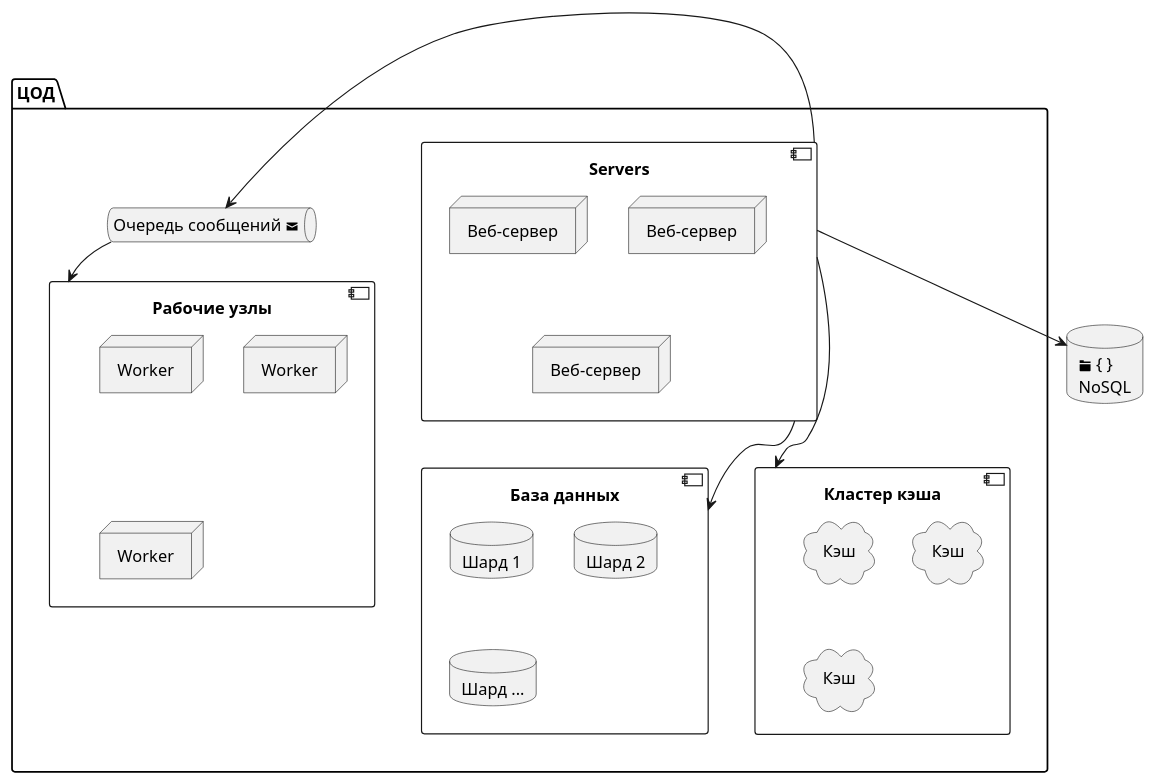
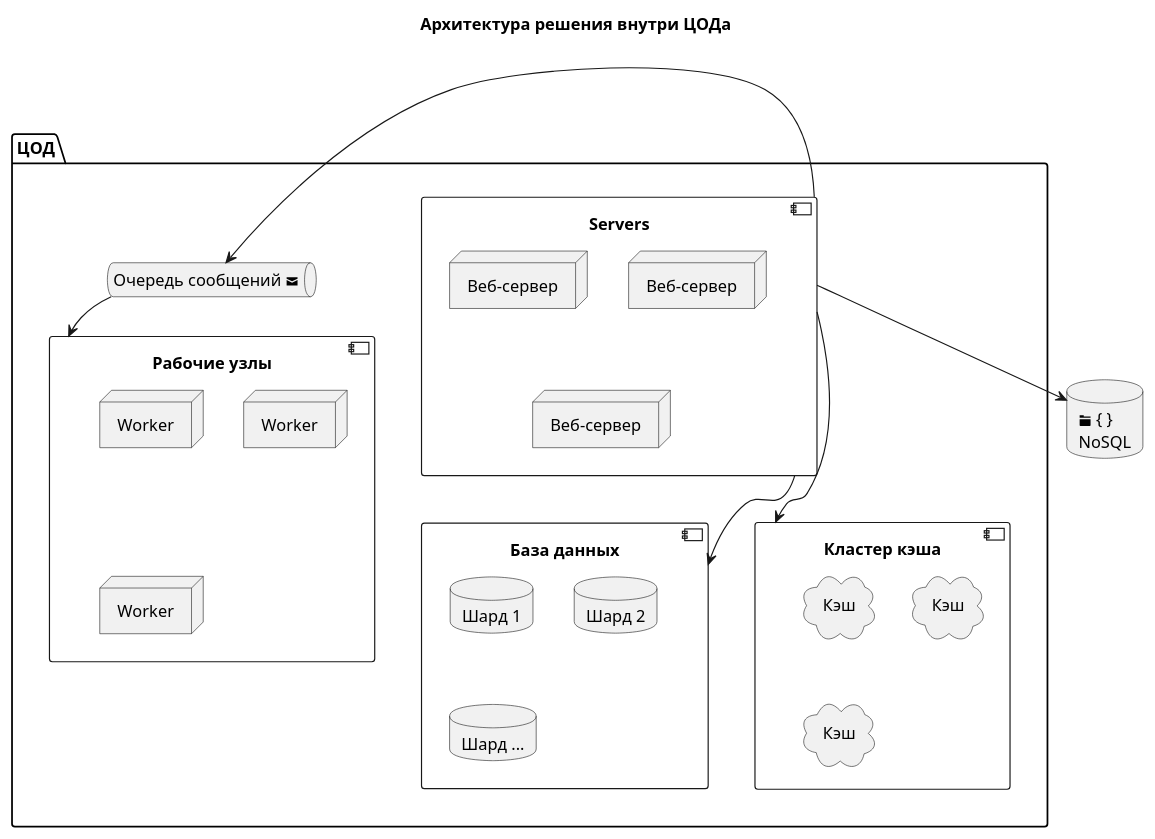
One commit to NEROTEX-Team/fic-ideaton-2024 changed the diagram in datacenter.puml. Above: the diagram before and after it, drawn with PlantUML. The commit also changed 1 other file, not shown here.

```diff
--- a/datacenter.puml
+++ b/datacenter.puml
@@ -1,33 +1,34 @@
 @startuml datacenter architecture
+title Архитектура решения внутри ЦОДа
 package "ЦОД" {
     component "Servers" as servers {
         node "Веб-сервер" as server1
         node "Веб-сервер" as server2
         node "Веб-сервер" as server3
     }
     queue "Очередь сообщений <&envelope-closed>" as q
     component "Рабочие узлы" as workers {
         node "Worker" as worker1
         node "Worker" as worker2
         node "Worker" as worker3
     }
     component "База данных" as databases {
         database "Шард 1" as db1
         database "Шард 2" as db2
         database "Шард ..." as dbn
     }
     component "Кластер кэша" as caches {
         cloud "Кэш" as cache1
         cloud "Кэш" as cache2
         cloud "Кэш" as cache3
     }
     servers -> q
     q --> workers
     servers --> databases
     servers --> caches
 }
 
 database "<&folder> { }\nNoSQL" as nosql
 servers --> nosql
 
 @enduml
```
